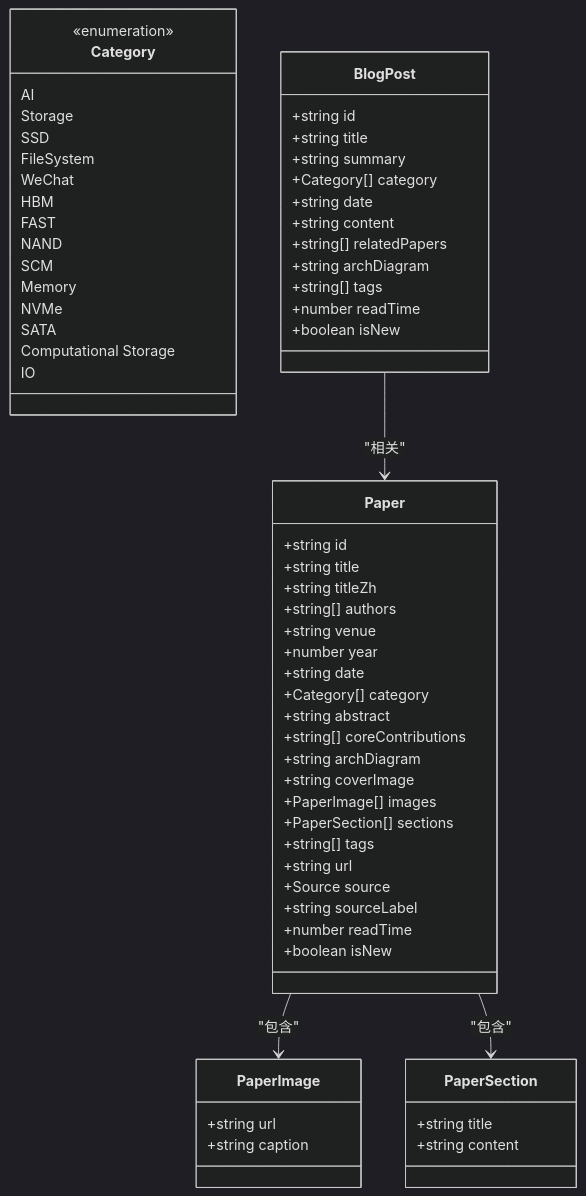
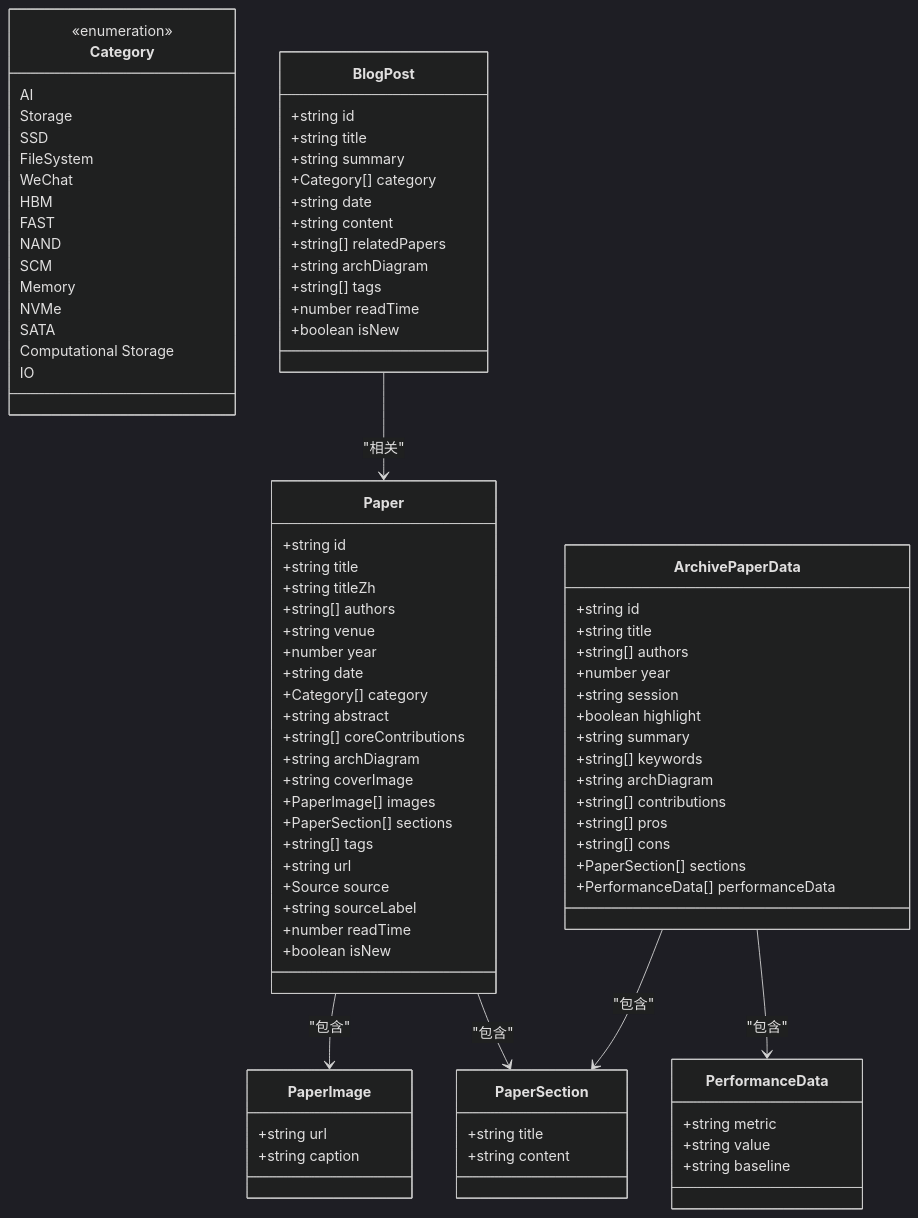
Before and after one commit to erikliu123/storage_ai_blog: the second of 15 diagrams in .qoder/repowiki/zh/content/数据模型/数据模型.md, drawn with Mermaid (dark theme). The commit also changed other lines of this file and 10 other files, not shown here.

Commit message:
fix: Add missing FAST 2023 learned-index, cloud-block, nvme-queue architecture diagrams

````diff
--- a/.qoder/repowiki/zh/content/数据模型/数据模型.md
+++ b/.qoder/repowiki/zh/content/数据模型/数据模型.md
@@ -149,7 +169,30 @@
 +number readTime
 +boolean isNew
 }
+class ArchivePaperData {
++string id
++string title
++string[] authors
++number year
++string session
++boolean highlight
++string summary
++string[] keywords
++string archDiagram
++string[] contributions
++string[] pros
++string[] cons
++PaperSection[] sections
++PerformanceData[] performanceData
+}
+class PerformanceData {
++string metric
++string value
++string baseline
+}
 Paper --> PaperImage : "包含"
 Paper --> PaperSection : "包含"
 BlogPost --> Paper : "相关"
+ArchivePaperData --> PaperSection : "包含"
+ArchivePaperData --> PerformanceData : "包含"
 ```
````
